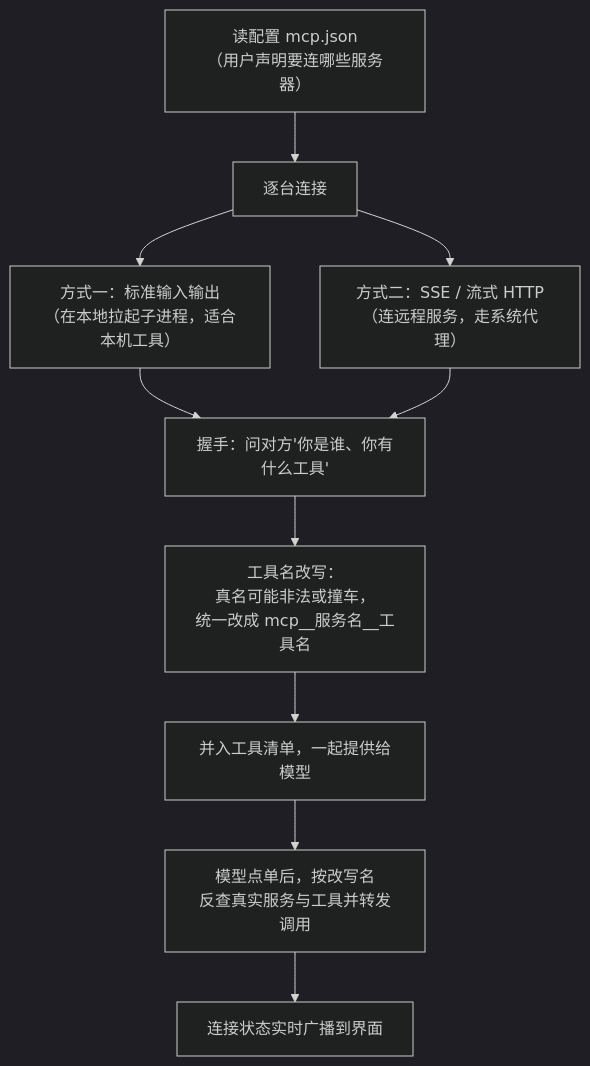
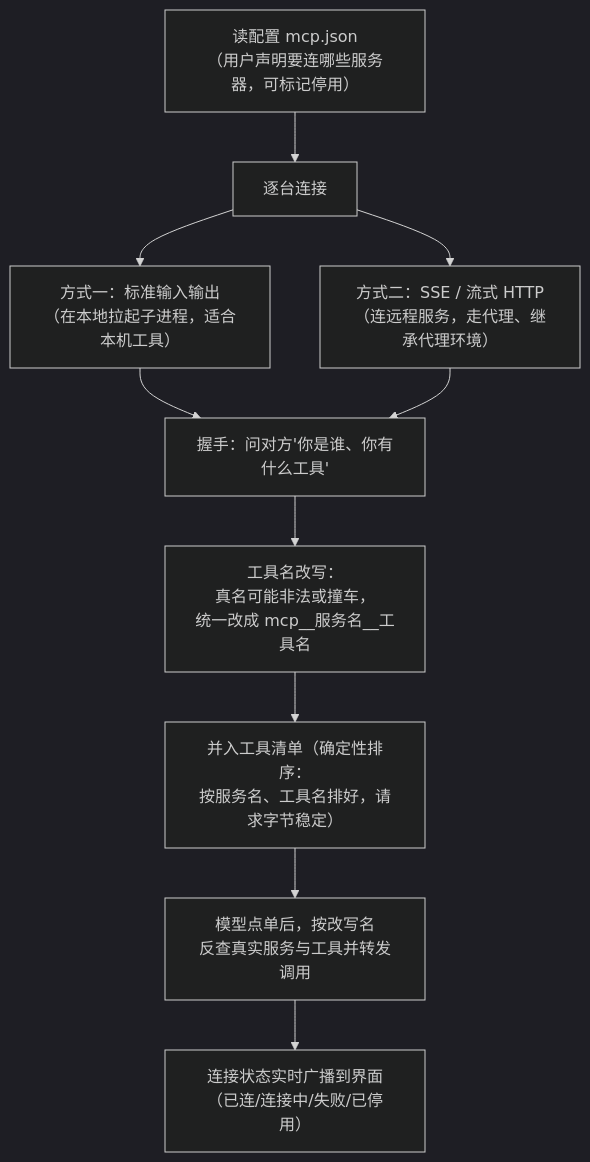
Before and after one commit to Bronya0/ally-agent: diagram 13 of 16 in docs/agent-architecture.md, drawn with Mermaid (dark theme). The commit also changed other lines of this file, not shown here.

First line of the commit message:
docs: deepen architecture guide with missing chapters and technical detail

````diff
--- a/docs/agent-architecture.md
+++ b/docs/agent-architecture.md
@@ -389,12 +587,12 @@
 ```mermaid
 flowchart TD
-    CFG["读配置 mcp.json<br/>（用户声明要连哪些服务器）"] --> CONN["逐台连接"]
+    CFG["读配置 mcp.json<br/>（用户声明要连哪些服务器，可标记停用）"] --> CONN["逐台连接"]
     CONN --> T1["方式一：标准输入输出<br/>（在本地拉起子进程，适合本机工具）"]
-    CONN --> T2["方式二：SSE / 流式 HTTP<br/>（连远程服务，走系统代理）"]
+    CONN --> T2["方式二：SSE / 流式 HTTP<br/>（连远程服务，走代理、继承代理环境）"]
     T1 --> INIT
     T2 --> INIT["握手：问对方'你是谁、你有什么工具'"]
     INIT --> NAME["工具名改写：<br/>真名可能非法或撞车，<br/>统一改成 mcp__服务名__工具名"]
-    NAME --> MERGE["并入工具清单，一起提供给模型"]
+    NAME --> MERGE["并入工具清单（确定性排序：<br/>按服务名、工具名排好，请求字节稳定）"]
     MERGE --> CALL["模型点单后，按改写名<br/>反查真实服务与工具并转发调用"]
-    CALL --> STATUS["连接状态实时广播到界面"]
+    CALL --> STATUS["连接状态实时广播到界面<br/>（已连/连接中/失败/已停用）"]
 ```
````
